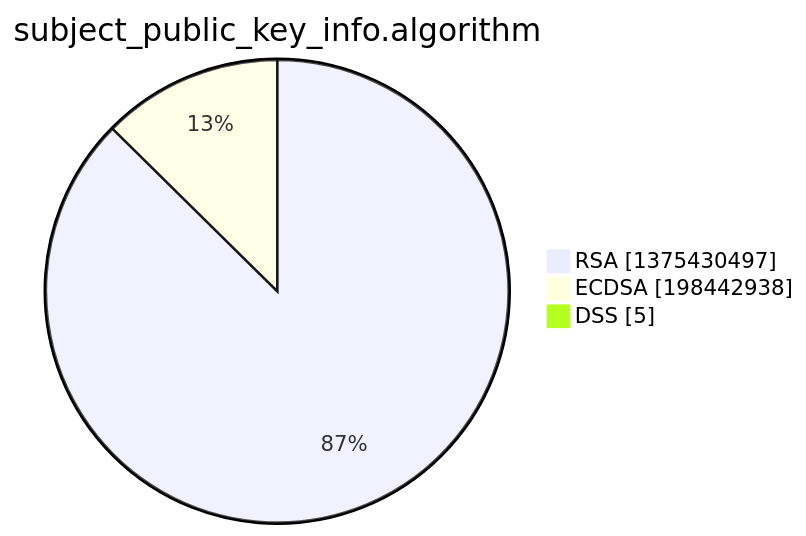
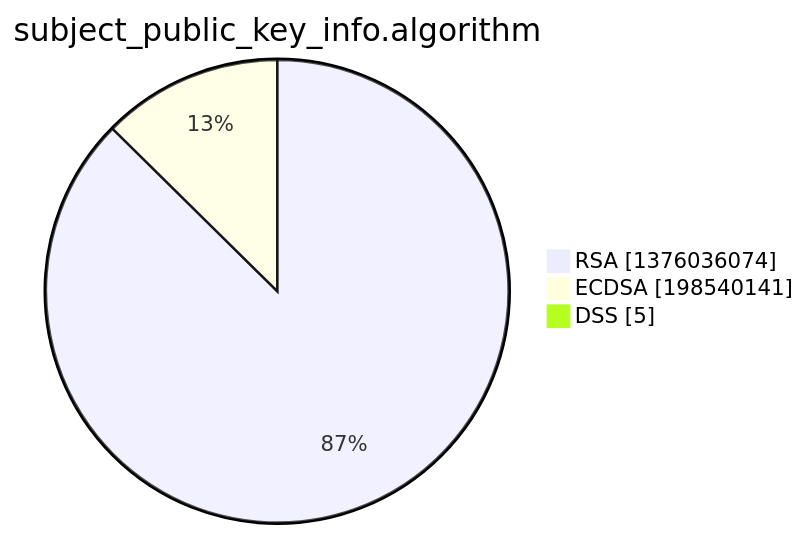
The third of 15 diagrams in xenon2022/README.md (christiankrug/ctmonitor_visualization), drawn with Mermaid before and after one commit. The commit also changed other lines of this file, not shown here.

````diff
--- a/xenon2022/README.md
+++ b/xenon2022/README.md
@@ -14,7 +14,7 @@
 ```mermaid
 pie showData
 title subject_public_key_info.algorithm
-"RSA" :1375430497
-"ECDSA" :198442938
+"RSA" :1376036074
+"ECDSA" :198540141
 "DSS" :5
 ```
````
